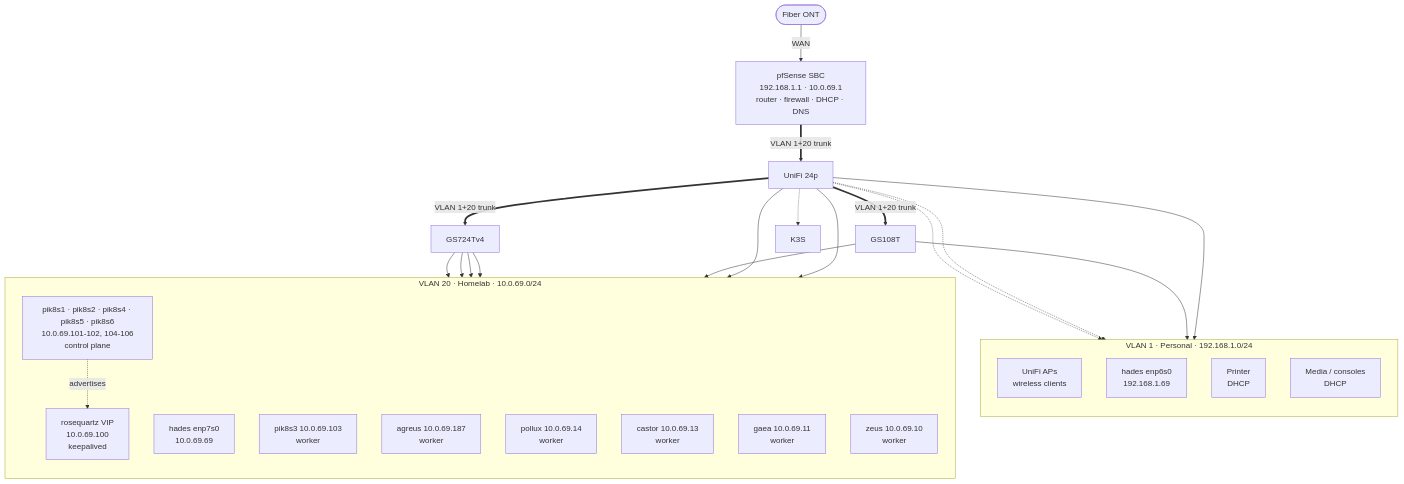
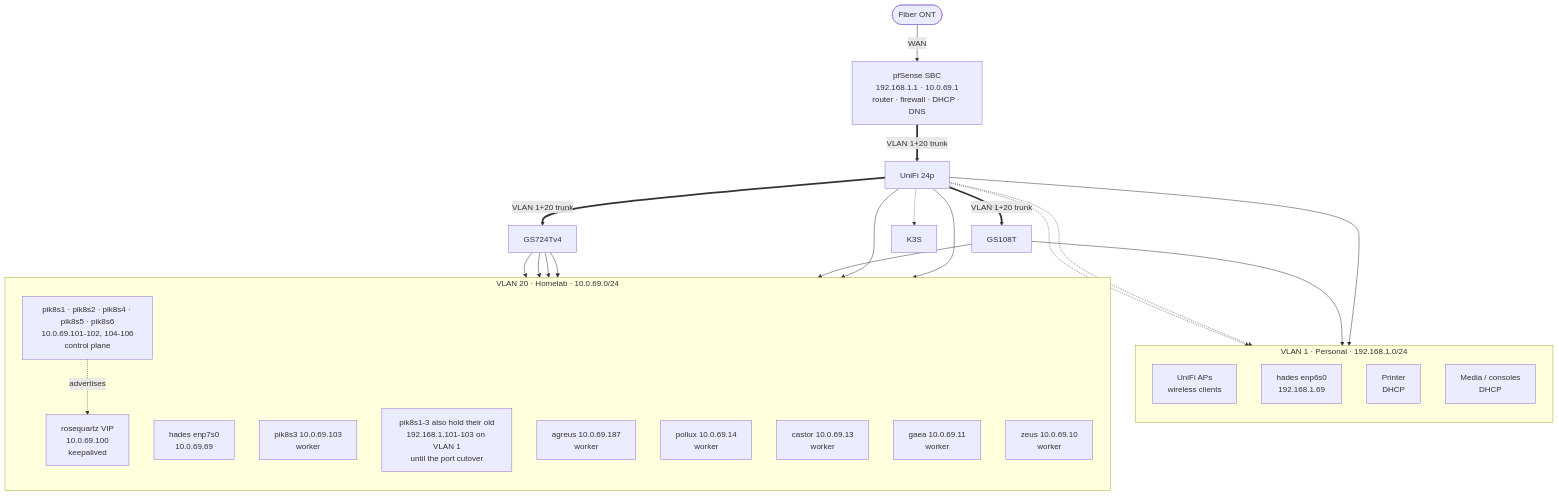
Before and after one commit to UnstoppableMango/nixos: the diagram in NETWORK.md, drawn with Mermaid. The commit also changed other lines of this file and 4 other files, not shown here.

First line of the commit message:
feat(pik8s1-3): dual-home for the VLAN 20 cutover

````diff
--- a/NETWORK.md
+++ b/NETWORK.md
@@ -17,51 +17,52 @@
 ```mermaid
 flowchart TB
   ONT(["Fiber ONT"])
   FW["pfSense SBC<br/>192.168.1.1 · 10.0.69.1<br/>router · firewall · DHCP · DNS"]
 
   ONT -->|WAN| FW
 
   U24["UniFi 24p"]
   GS108["GS108T"]
   GS724["GS724Tv4"]
 
   FW ==>|"VLAN 1+20 trunk"| U24
   U24 ==>|"VLAN 1+20 trunk"| GS108
   U24 ==>|"VLAN 1+20 trunk"| GS724
 
   subgraph V1["VLAN 1 · Personal · 192.168.1.0/24"]
     direction TB
     AP["UniFi APs<br/>wireless clients"]
     HADES1["hades enp6s0<br/>192.168.1.69"]
     PRN["Printer<br/>DHCP"]
     MED["Media / consoles<br/>DHCP"]
   end
 
   subgraph V20["VLAN 20 · Homelab · 10.0.69.0/24"]
     direction TB
     VIP["rosequartz VIP<br/>10.0.69.100<br/>keepalived"]
     HADES2["hades enp7s0<br/>10.0.69.69"]
     CP["pik8s1 · pik8s2 · pik8s4 · pik8s5 · pik8s6<br/>10.0.69.101-102, 104-106<br/>control plane"]
     PIW["pik8s3 10.0.69.103<br/>worker"]
+    NOTE["pik8s1-3 also hold their old<br/>192.168.1.101-103 on VLAN 1<br/>until the port cutover"]
     AGREUS["agreus 10.0.69.187<br/>worker"]
     POLLUX["pollux 10.0.69.14<br/>worker"]
     CASTOR["castor 10.0.69.13<br/>worker"]
     GAEA["gaea 10.0.69.11<br/>worker"]
     ZEUS["zeus 10.0.69.10<br/>worker"]
   end
 
   U24 --> AP
   U24 --> CP
   U24 --> AGREUS
   GS108 --> HADES1
   GS108 --> HADES2
   GS724 --> ZEUS
   GS724 --> GAEA
   GS724 --> CASTOR
   U24 -.-> K3S
   U24 -.-> PRN
   U24 -.-> MED
   GS724 --> POLLUX
 
   CP -.->|advertises| VIP
 ```
````
